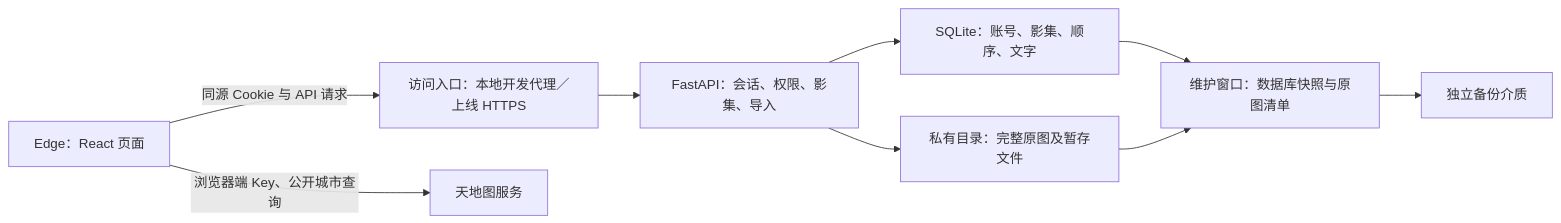
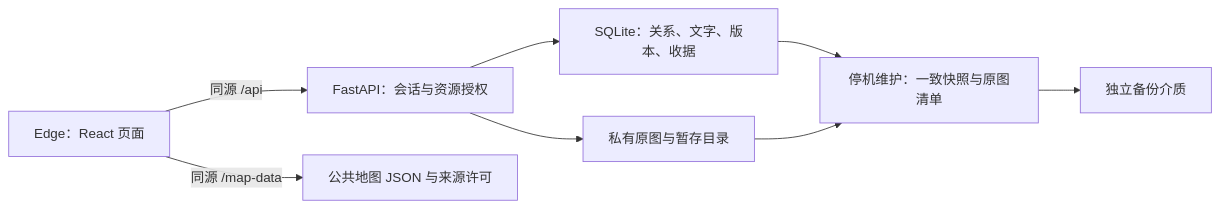
The diagram in docs/architecture/tech-stack.md (Staid-hhq/city-memories), drawn with Mermaid before and after one commit. The commit also changed other lines of this file and 27 other files, not shown here.

Commit message:
docs: align current architecture and consolidate iteration reports

````diff
--- a/docs/architecture/tech-stack.md
+++ b/docs/architecture/tech-stack.md
@@ -42,11 +23,10 @@
 ```mermaid
 flowchart LR
-    Browser["Edge：React 页面"] -->|"同源 Cookie 与 API 请求"| Entry["访问入口：本地开发代理／上线 HTTPS"]
-    Entry --> App["FastAPI：会话、权限、影集、导入"]
-    App --> DB["SQLite：账号、影集、顺序、文字"]
-    App --> Files["私有目录：完整原图及暂存文件"]
-    Browser -->|"浏览器端 Key、公开城市查询"| Map["天地图服务"]
-    DB --> Backup["维护窗口：数据库快照与原图清单"]
+    Browser["Edge：React 页面"] -->|"同源 /api"| App["FastAPI：会话与资源授权"]
+    Browser -->|"同源 /map-data"| Public["公共地图 JSON 与来源许可"]
+    App --> DB["SQLite：关系、文字、版本、收据"]
+    App --> Files["私有原图与暂存目录"]
+    DB --> Backup["停机维护：一致快照与原图清单"]
     Files --> Backup
     Backup --> Medium["独立备份介质"]
 ```
````
